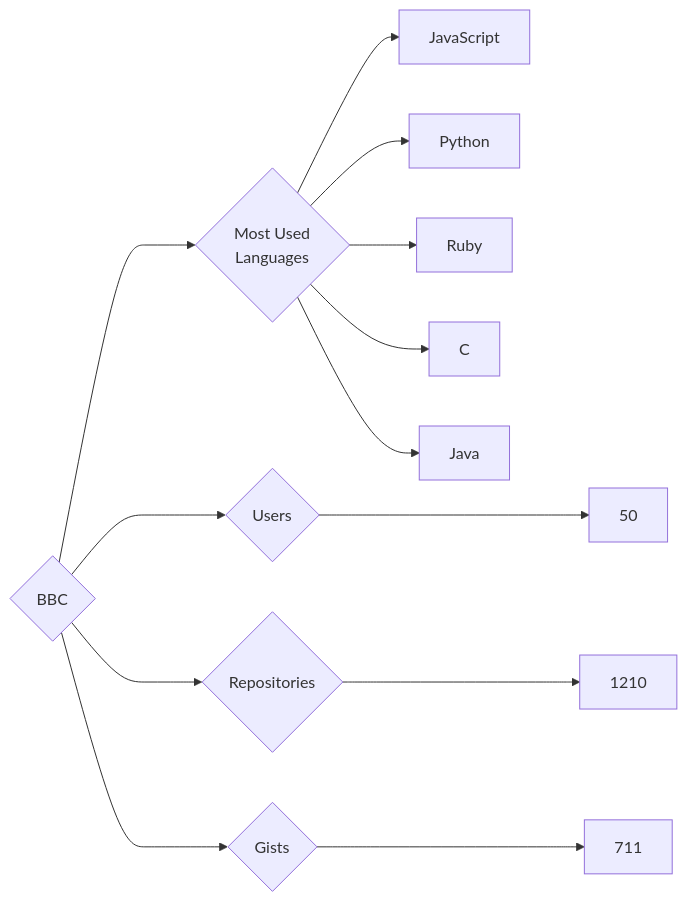
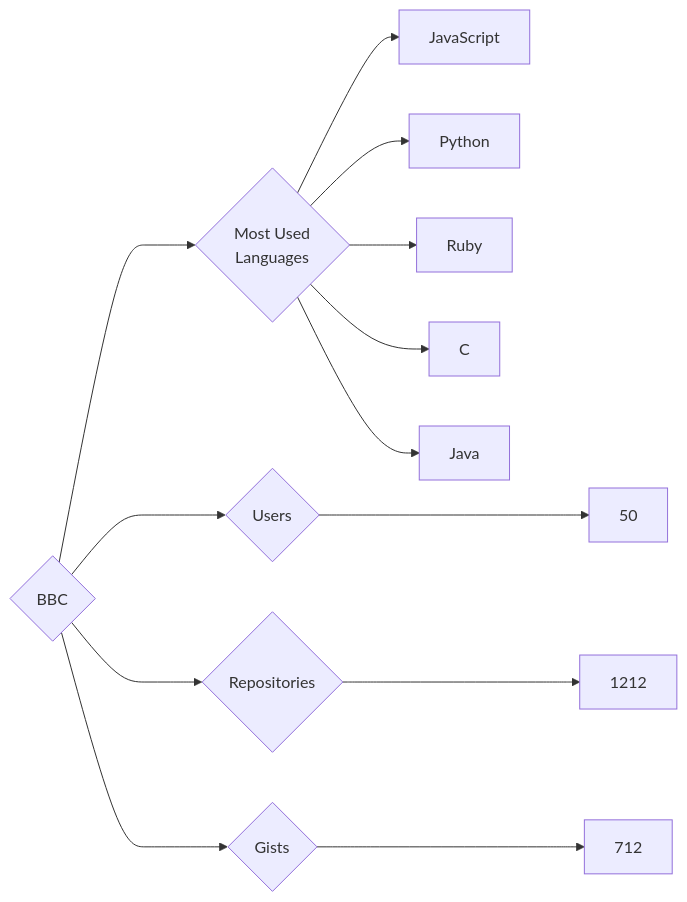
One commit to trickest/insiders changed the diagram in targets/BBC/README.md. Above: the diagram before and after it, drawn with Mermaid. The commit also changed 693 other files, not shown here.

````diff
--- a/targets/BBC/README.md
+++ b/targets/BBC/README.md
@@ -3,13 +3,13 @@
 ```mermaid
 graph LR
 COMPANY_NAME{BBC}
 COMPANY_NAME ---> U{Users} ---> UN[50]
-COMPANY_NAME ---> R{Repositories} ---> RN[1210]
-COMPANY_NAME ---> G{Gists} ---> GN[711]
+COMPANY_NAME ---> R{Repositories} ---> RN[1212]
+COMPANY_NAME ---> G{Gists} ---> GN[712]
 COMPANY_NAME ---> ML{Most Used<br>Languages}
 ML --> JavaScript[JavaScript]
 ML --> Python[Python]
 ML --> Ruby[Ruby]
 ML --> C[C]
 ML --> Java[Java]
 ```
````
